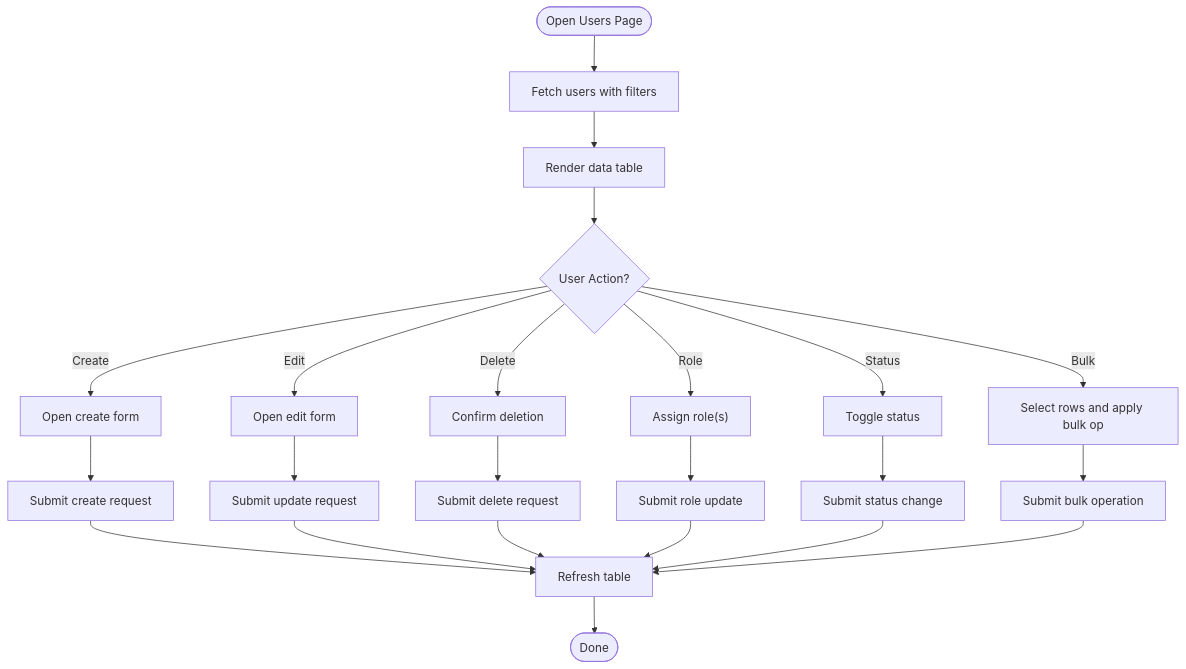
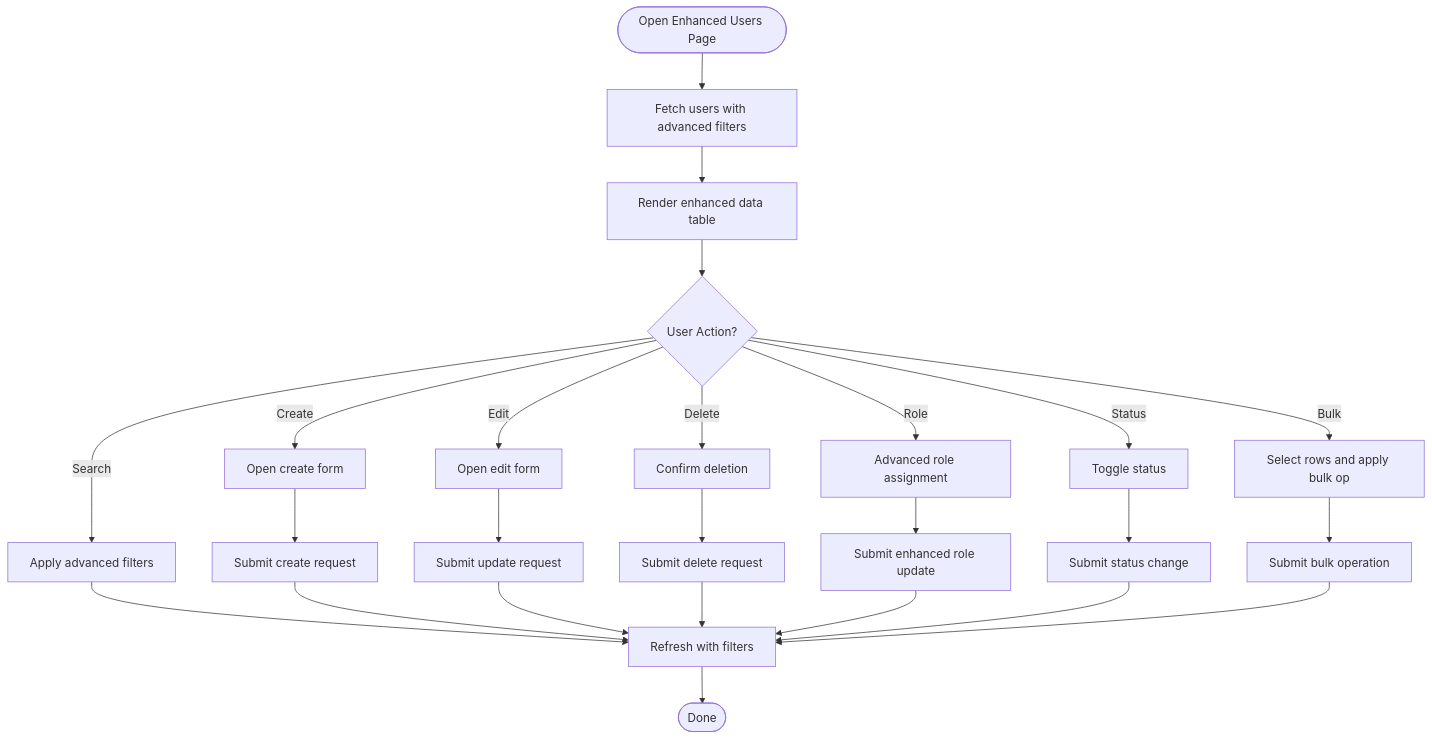
One commit to 14Lucifer/hackathon_ecs_creator changed the third of 6 diagrams in .qoder/repowiki/en/content/Frontend Development/Page Components & Routing/User Management Interface.md. Above: the diagram before and after it, drawn with Mermaid. The commit also changed other lines of this file and 120 other files, not shown here.

````diff
--- a/.qoder/repowiki/en/content/Frontend Development/Page Components & Routing/User Management Interface.md
+++ b/.qoder/repowiki/en/content/Frontend Development/Page Components & Routing/User Management Interface.md
@@ -163,25 +194,27 @@
 ```mermaid
 flowchart TD
-Start(["Open Users Page"]) --> LoadList["Fetch users with filters"]
-LoadList --> RenderTable["Render data table"]
+Start(["Open Enhanced Users Page"]) --> LoadList["Fetch users with advanced filters"]
+LoadList --> RenderTable["Render enhanced data table"]
 RenderTable --> UserAction{"User Action?"}
 UserAction --> |Create| NewForm["Open create form"]
 UserAction --> |Edit| EditForm["Open edit form"]
 UserAction --> |Delete| ConfirmDel["Confirm deletion"]
-UserAction --> |Role| RoleAssign["Assign role(s)"]
+UserAction --> |Role| RoleAssign["Advanced role assignment"]
 UserAction --> |Status| StatusToggle["Toggle status"]
 UserAction --> |Bulk| BulkOps["Select rows and apply bulk op"]
+UserAction --> |Search| SearchFilter["Apply advanced filters"]
 NewForm --> SubmitCreate["Submit create request"]
 EditForm --> SubmitUpdate["Submit update request"]
 ConfirmDel --> SubmitDelete["Submit delete request"]
-RoleAssign --> SubmitRole["Submit role update"]
+RoleAssign --> SubmitRole["Submit enhanced role update"]
 StatusToggle --> SubmitStatus["Submit status change"]
 BulkOps --> SubmitBulk["Submit bulk operation"]
-SubmitCreate --> Refresh["Refresh table"]
+SearchFilter --> Refresh["Refresh with filters"]
+SubmitCreate --> Refresh
 SubmitUpdate --> Refresh
 SubmitDelete --> Refresh
 SubmitRole --> Refresh
 SubmitStatus --> Refresh
 SubmitBulk --> Refresh
 Refresh --> End(["Done"])
 ```
````
